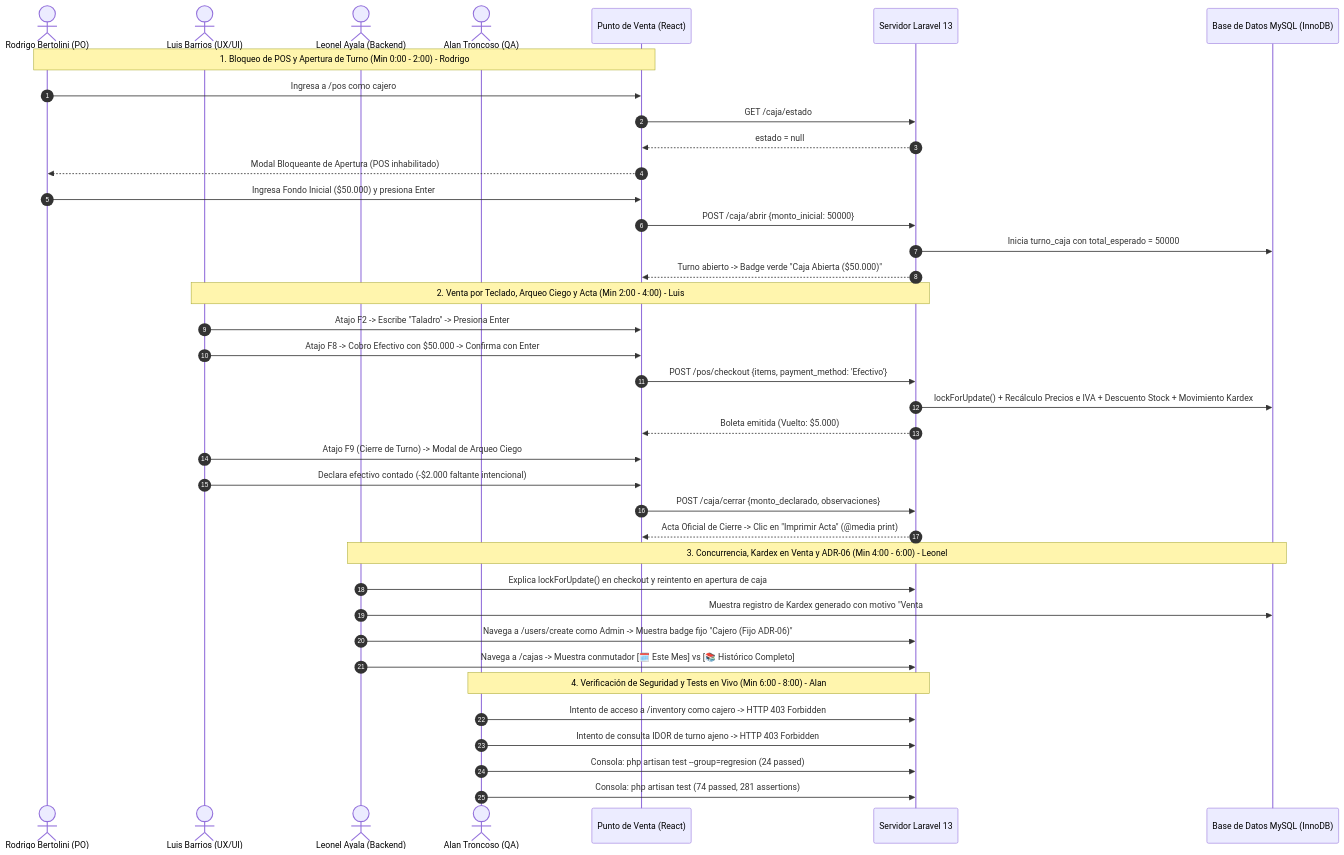
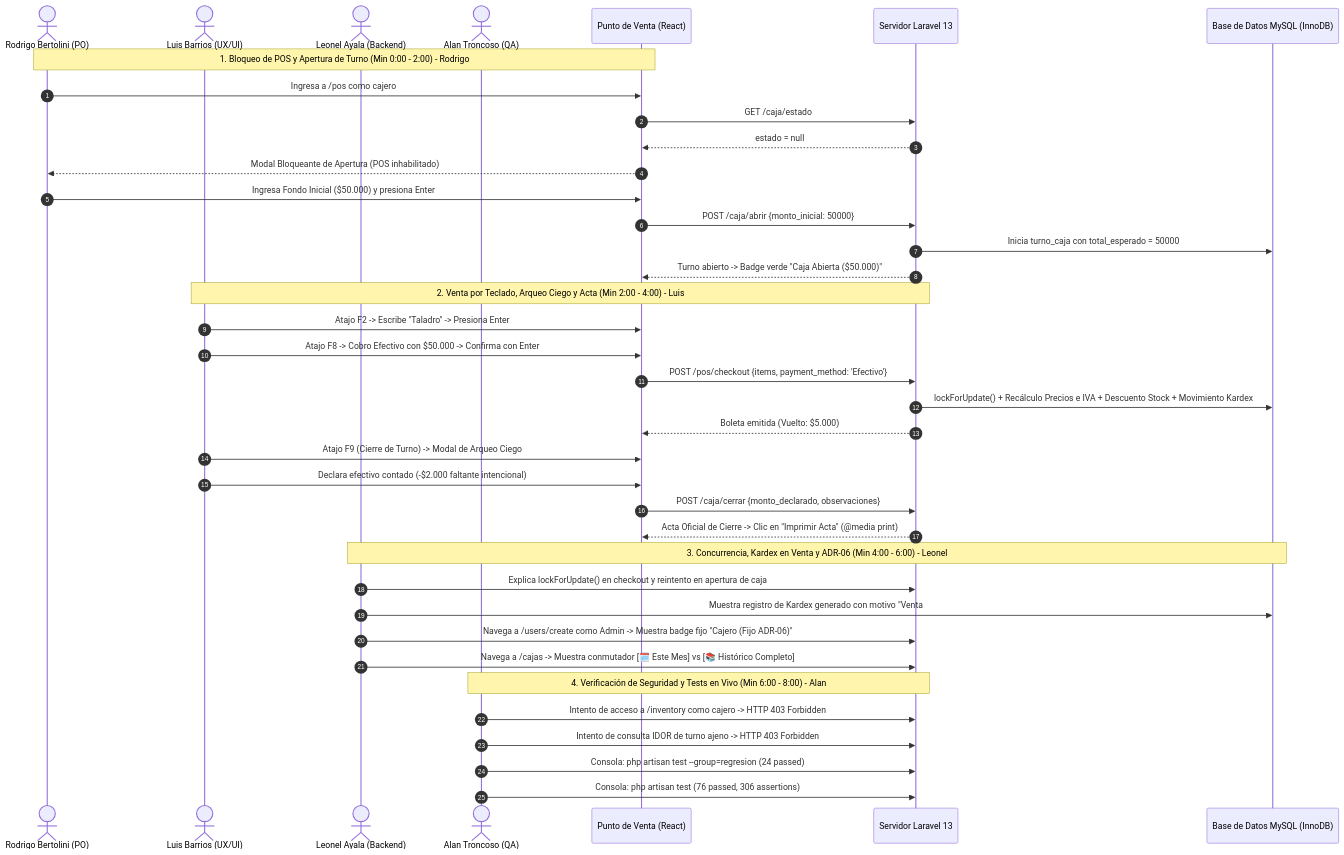
The diagram in docs/guia-presentacion-defensa3.md (Leonel-Ayala/GestiSoft), drawn with Mermaid before and after one commit. The commit also changed other lines of this file and 1 other file, not shown here.

````diff
--- a/docs/guia-presentacion-defensa3.md
+++ b/docs/guia-presentacion-defensa3.md
@@ -378,44 +379,44 @@
 ```mermaid
 sequenceDiagram
     autonumber
     actor R as Rodrigo Bertolini (PO)
     actor LB as Luis Barrios (UX/UI)
     actor LA as Leonel Ayala (Backend)
     actor AT as Alan Troncoso (QA)
     participant POS as Punto de Venta (React)
     participant Srv as Servidor Laravel 13
     participant BD as Base de Datos MySQL (InnoDB)
 
     Note over R,POS: 1. Bloqueo de POS y Apertura de Turno (Min 0:00 - 2:00) - Rodrigo
     R->>POS: Ingresa a /pos como cajero
     POS->>Srv: GET /caja/estado
     Srv-->>POS: estado = null
     POS-->>R: Modal Bloqueante de Apertura (POS inhabilitado)
     R->>POS: Ingresa Fondo Inicial ($50.000) y presiona Enter
     POS->>Srv: POST /caja/abrir {monto_inicial: 50000}
     Srv->>BD: Inicia turno_caja con total_esperado = 50000
     Srv-->>POS: Turno abierto -> Badge verde "Caja Abierta ($50.000)"
 
     Note over LB,Srv: 2. Venta por Teclado, Arqueo Ciego y Acta (Min 2:00 - 4:00) - Luis
     LB->>POS: Atajo F2 -> Escribe "Taladro" -> Presiona Enter
     LB->>POS: Atajo F8 -> Cobro Efectivo con $50.000 -> Confirma con Enter
     POS->>Srv: POST /pos/checkout {items, payment_method: 'Efectivo'}
     Srv->>BD: lockForUpdate() + Recálculo Precios e IVA + Descuento Stock + Movimiento Kardex
     Srv-->>POS: Boleta emitida (Vuelto: $5.000)
     LB->>POS: Atajo F9 (Cierre de Turno) -> Modal de Arqueo Ciego
     LB->>POS: Declara efectivo contado (-$2.000 faltante intencional)
     POS->>Srv: POST /caja/cerrar {monto_declarado, observaciones}
     Srv-->>POS: Acta Oficial de Cierre -> Clic en "Imprimir Acta" (@media print)
 
     Note over LA,BD: 3. Concurrencia, Kardex en Venta y ADR-06 (Min 4:00 - 6:00) - Leonel
     LA->>Srv: Explica lockForUpdate() en checkout y reintento en apertura de caja
     LA->>BD: Muestra registro de Kardex generado con motivo "Venta #ID"
     LA->>Srv: Navega a /users/create como Admin -> Muestra badge fijo "Cajero (Fijo ADR-06)"
     LA->>Srv: Navega a /cajas -> Muestra conmutador [🗓️ Este Mes] vs [📚 Histórico Completo]
 
     Note over AT,Srv: 4. Verificación de Seguridad y Tests en Vivo (Min 6:00 - 8:00) - Alan
     AT->>Srv: Intento de acceso a /inventory como cajero -> HTTP 403 Forbidden
     AT->>Srv: Intento de consulta IDOR de turno ajeno -> HTTP 403 Forbidden
     AT->>Srv: Consola: php artisan test --group=regresion (24 passed)
-    AT->>Srv: Consola: php artisan test (74 passed, 281 assertions)
+    AT->>Srv: Consola: php artisan test (76 passed, 306 assertions)
 ```
````
